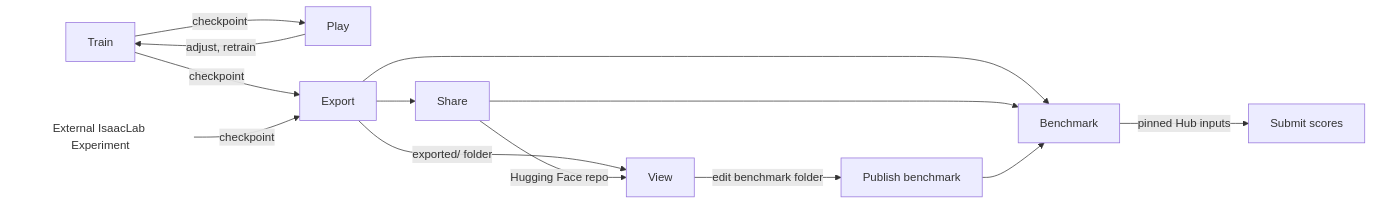
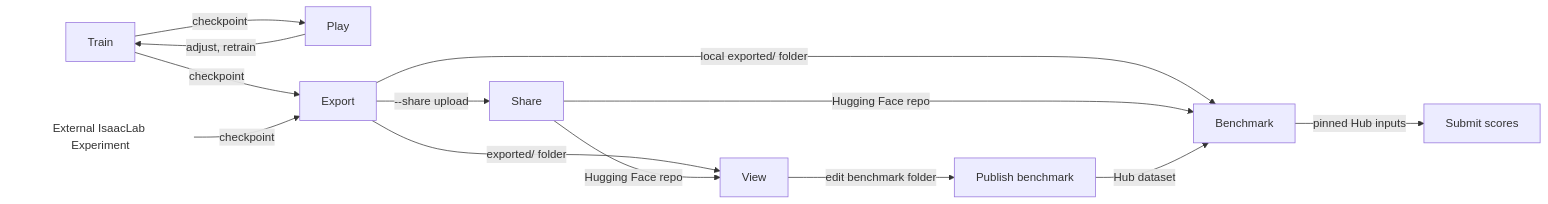
Before and after one commit to menloresearch/cyclotron: the diagram in README.md, drawn with Mermaid.

Commit message:
Label every line in the README workflow diagram, naming the local exported folder and the Hugging Face repo as the two ways a policy reaches the benchmark.

````diff
--- a/README.md
+++ b/README.md
@@ -67,16 +67,16 @@
 ```mermaid
 flowchart LR
     Train -->|checkpoint| Play
     Play -->|adjust, retrain| Train
     Train -->|checkpoint| Export
     Outside["External IsaacLab Experiment"] -->|checkpoint| Export
     style Outside fill:transparent,stroke:transparent
     Export -->|exported/ folder| View
-    Export --> Share
+    Export -->|"--share upload"| Share
     Share -->|Hugging Face repo| View
-    Export --> Benchmark
-    Share --> Benchmark
+    Export -->|local exported/ folder| Benchmark
+    Share -->|Hugging Face repo| Benchmark
     Benchmark -->|pinned Hub inputs| Submit[Submit scores]
     View -->|edit benchmark folder| Publish[Publish benchmark]
-    Publish --> Benchmark
+    Publish -->|Hub dataset| Benchmark
 ```
````
